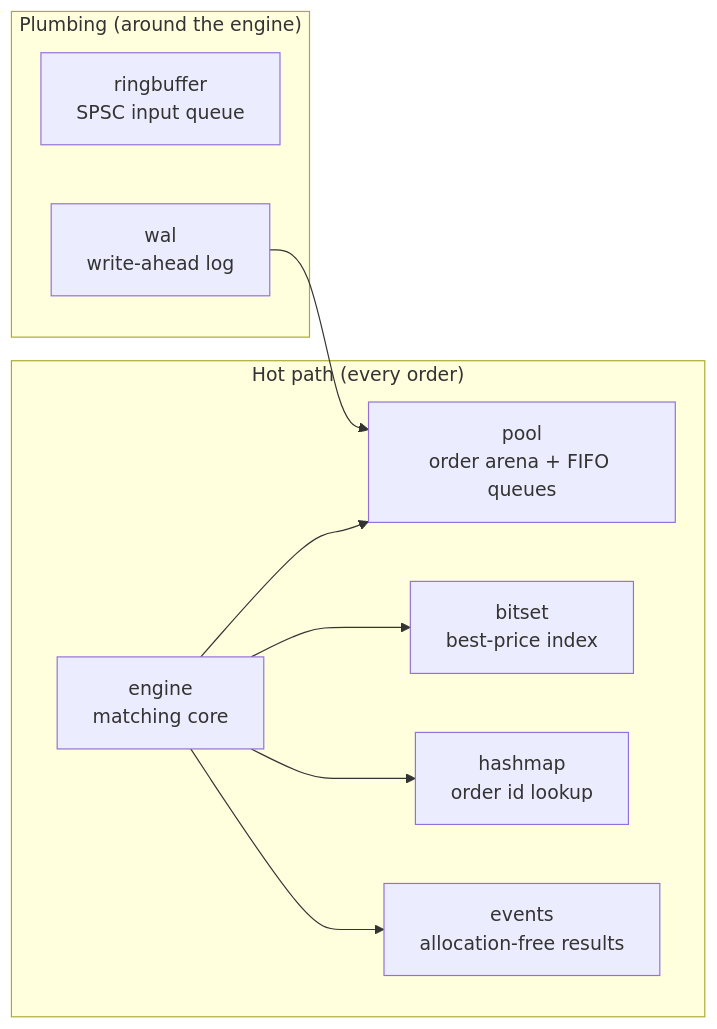
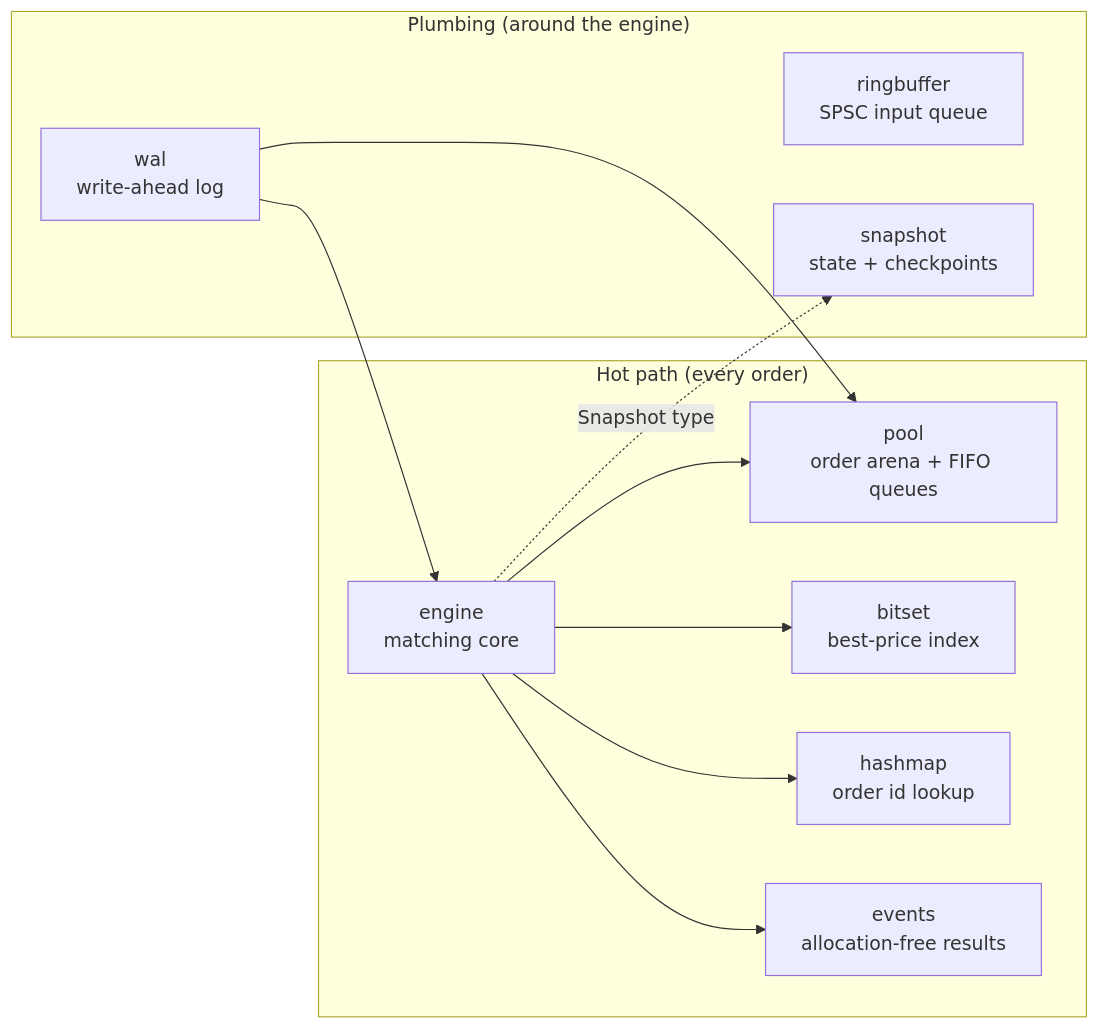
Before and after one commit to daohainam/rust-matching-engine: the first of 3 diagrams in docs/02-architecture.md, drawn with Mermaid. The commit also changed other lines of this file, not shown here.

Commit message:
docs(ch02): add the snapshot module and the recovery calls

````diff
--- a/docs/02-architecture.md
+++ b/docs/02-architecture.md
@@ -30,19 +30,22 @@
 ```mermaid
 flowchart LR
     subgraph hot["Hot path (every order)"]
         engine["engine<br/>matching core"]
         pool["pool<br/>order arena + FIFO queues"]
         bitset["bitset<br/>best-price index"]
         hashmap["hashmap<br/>order id lookup"]
         events["events<br/>allocation-free results"]
     end
     subgraph plumbing["Plumbing (around the engine)"]
         ringbuffer["ringbuffer<br/>SPSC input queue"]
         wal["wal<br/>write-ahead log"]
+        snapshot["snapshot<br/>state + checkpoints"]
     end
     engine --> pool
     engine --> bitset
     engine --> hashmap
     engine --> events
+    engine -. "Snapshot type" .-> snapshot
+    wal --> engine
     wal --> pool
 ```
````
